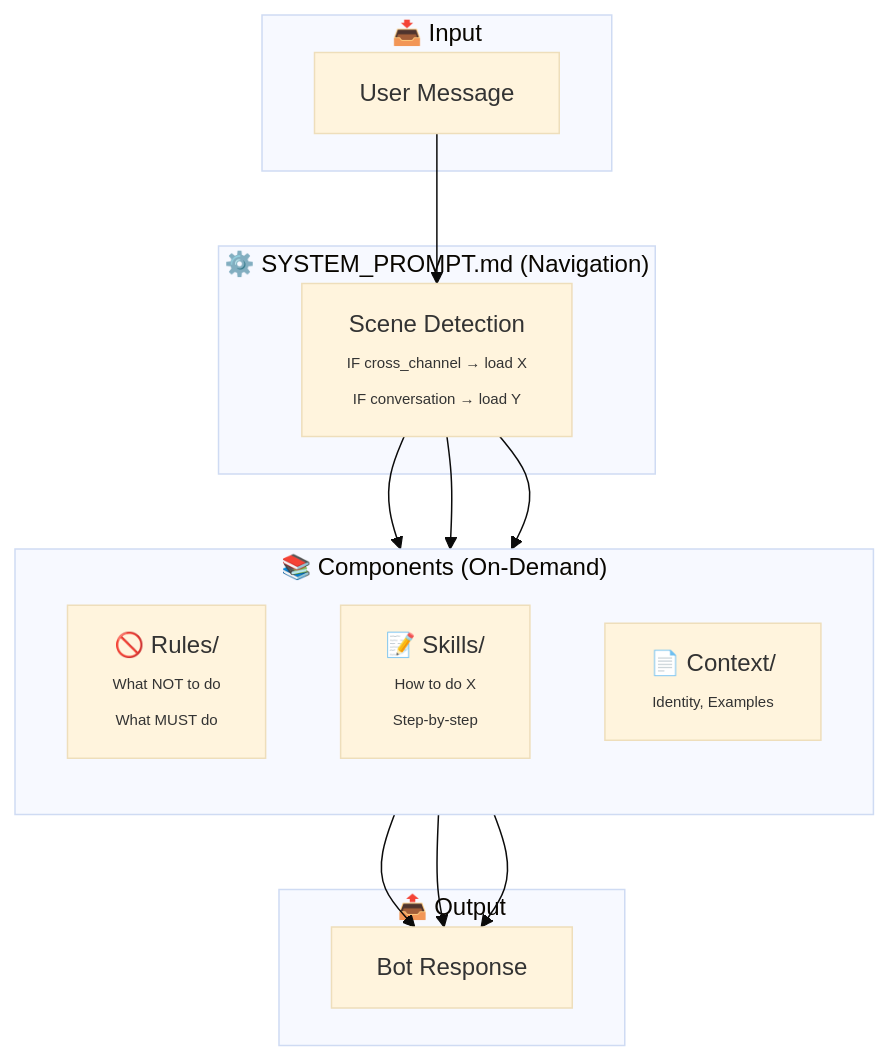
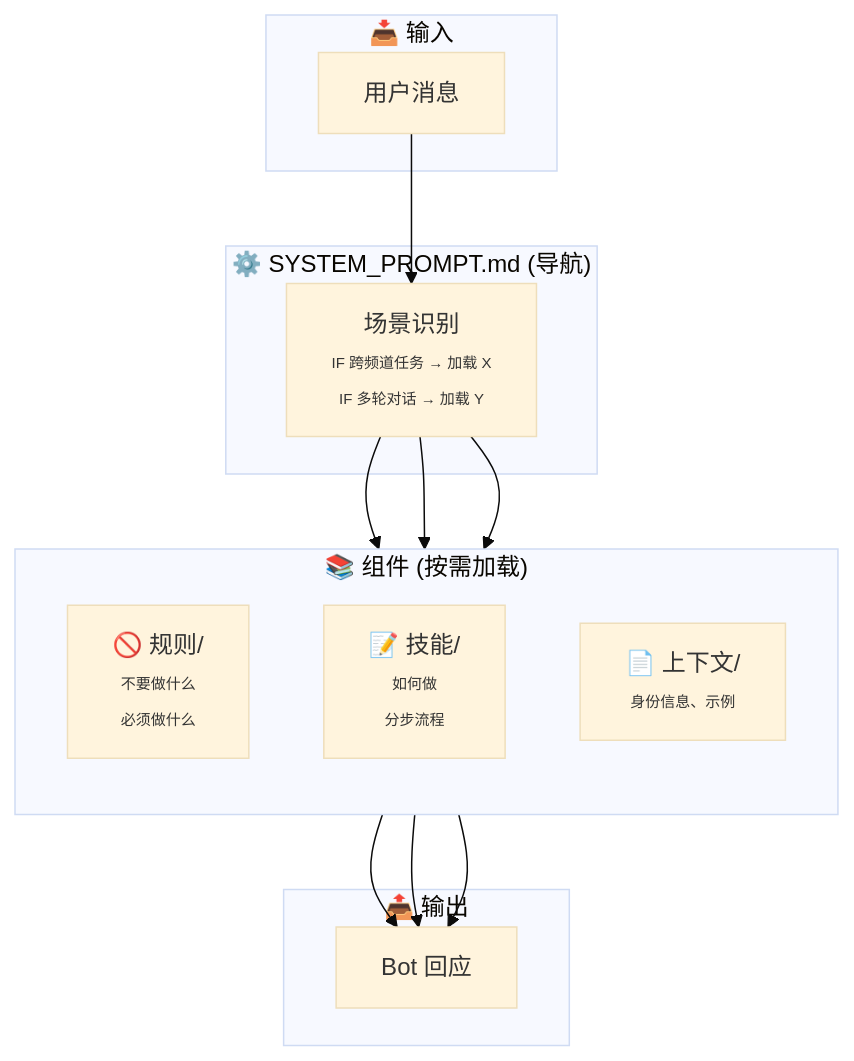
One commit to unlimblue/ai-toolbox changed the second of 13 diagrams in prompts/README.md. Above: the diagram before and after it, drawn with Mermaid (base theme). The commit also changed other lines of this file, not shown here.

````diff
--- a/prompts/README.md
+++ b/prompts/README.md
@@ -55,36 +55,36 @@
 ```mermaid
 flowchart TB
-    subgraph Input["📥 Input"]
-        User[User Message]
+    subgraph Input["📥 输入"]
+        User[用户消息]
     end
 
-    subgraph System["⚙️ SYSTEM_PROMPT.md (Navigation)"]
-        Nav[Scene Detection
-        <span style='font-size:10px'>IF cross_channel → load X</span>
-        <span style='font-size:10px'>IF conversation → load Y</span>]
+    subgraph System["⚙️ SYSTEM_PROMPT.md (导航)"]
+        Nav[场景识别
+        <span style='font-size:10px'>IF 跨频道任务 → 加载 X</span>
+        <span style='font-size:10px'>IF 多轮对话 → 加载 Y</span>]
     end
 
-    subgraph Components["📚 Components (On-Demand)"]
+    subgraph Components["📚 组件 (按需加载)"]
         direction TB
-        Rules["🚫 Rules/
-        <span style='font-size:10px'>What NOT to do</span>
-        <span style='font-size:10px'>What MUST do</span>"]
-        Skills["📝 Skills/
-        <span style='font-size:10px'>How to do X</span>
-        <span style='font-size:10px'>Step-by-step</span>"]
-        Context["📄 Context/
-        <span style='font-size:10px'>Identity, Examples</span>"]
+        Rules["🚫 规则/
+        <span style='font-size:10px'>不要做什么</span>
+        <span style='font-size:10px'>必须做什么</span>"]
+        Skills["📝 技能/
+        <span style='font-size:10px'>如何做</span>
+        <span style='font-size:10px'>分步流程</span>"]
+        Context["📄 上下文/
+        <span style='font-size:10px'>身份信息、示例</span>"]
     end
 
-    subgraph Output["📤 Output"]
-        Response[Bot Response]
+    subgraph Output["📤 输出"]
+        Response[Bot 回应]
     end
 
     User --> Nav
     Nav --> Rules
     Nav --> Skills
     Nav --> Context
     Rules --> Response
     Skills --> Response
     Context --> Response
 ```
````
